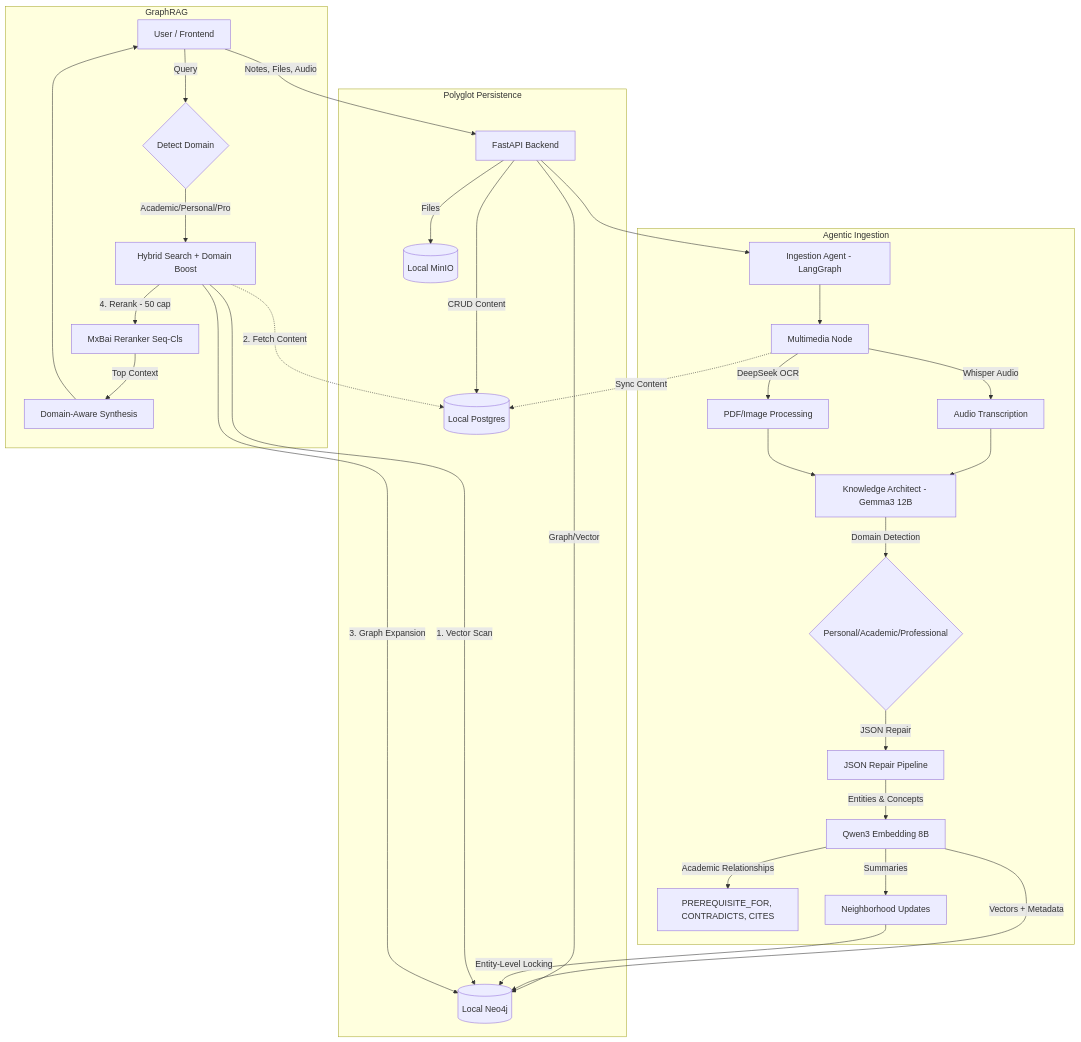
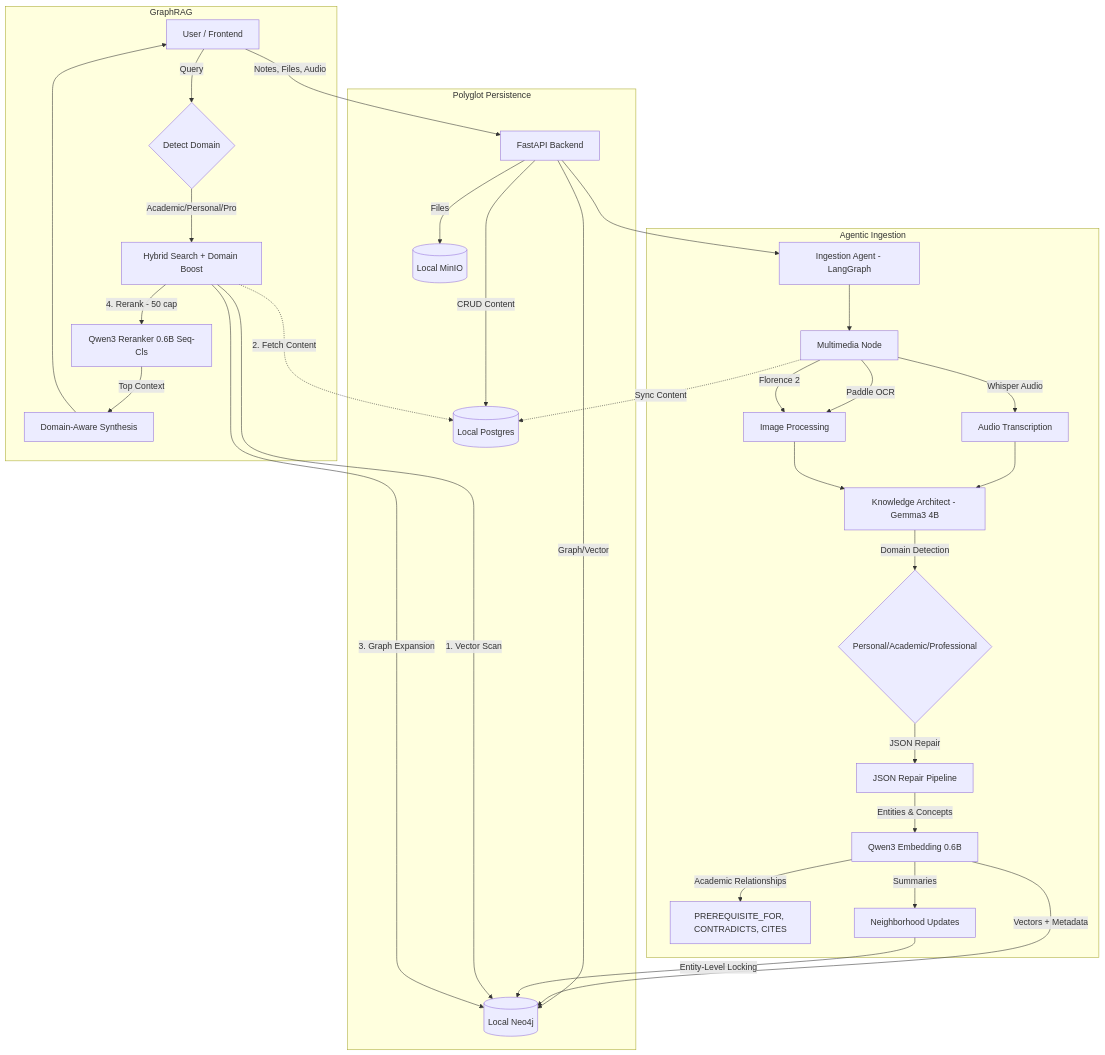
One commit to josetseph/LiveOS changed the diagram in README.md. Above: the diagram before and after it, drawn with Mermaid. The commit also changed other lines of this file and 11 other files, not shown here.

````diff
--- a/README.md
+++ b/README.md
@@ -32,40 +33,41 @@
 ```mermaid
 graph TD
     User[User / Frontend]
     User -->|Notes, Files, Audio| API[FastAPI Backend]
     
     subgraph Storage [Polyglot Persistence]
         API -->|CRUD Content| Postgres[(Local Postgres)]
         API -->|Graph/Vector| Neo4j[(Local Neo4j)]
         API -->|Files| MinIO[(Local MinIO)]
     end
 
     subgraph Ingestion Pipeline [Agentic Ingestion]
         API --> Workflow[Ingestion Agent - LangGraph]
         Workflow --> Multimedia[Multimedia Node]
         Multimedia -->|Whisper Audio| Transcribe[Audio Transcription]
-        Multimedia -->|DeepSeek OCR| OCR[PDF/Image Processing]
+        Multimedia -->|Paddle OCR| OCR[PDF]
+        Multimedia -->|Florence 2| OCR[Image Processing]
         Multimedia -.->|Sync Content| Postgres
         
-        Transcribe --> Extractor[Knowledge Architect - Gemma3 12B]
+        Transcribe --> Extractor[Knowledge Architect - Gemma3 4B]
         OCR --> Extractor
         Extractor -->|Domain Detection| DomainClassifier{Personal/Academic/Professional}
         DomainClassifier -->|JSON Repair| Cleaner[JSON Repair Pipeline]
-        Cleaner -->|Entities & Concepts| Embedder[Qwen3 Embedding 8B]
+        Cleaner -->|Entities & Concepts| Embedder[Qwen3 Embedding 0.6B]
         Embedder -->|Vectors + Metadata| Neo4j
         Embedder -->|Academic Relationships| AcademicGraph[PREREQUISITE_FOR, CONTRADICTS, CITES]
         Embedder -->|Summaries| Summarizer[Neighborhood Updates]
         Summarizer -->|Entity-Level Locking| Neo4j
     end
     
     subgraph Retrieval Pipeline [GraphRAG]
         User -->|Query| QueryClassifier{Detect Domain}
         QueryClassifier -->|Academic/Personal/Pro| Search[Hybrid Search + Domain Boost]
         Search -->|1. Vector Scan| Neo4j
         Search -.->|2. Fetch Content| Postgres
         Search -->|3. Graph Expansion| Neo4j
-        Search -->|4. Rerank - 50 cap| Reranker[MxBai Reranker Seq-Cls]
+        Search -->|4. Rerank - 50 cap| Reranker[Qwen3 Reranker 0.6B Seq-Cls]
         Reranker -->|Top Context| Synthesis[Domain-Aware Synthesis]
         Synthesis --> User
     end
 ```
````
